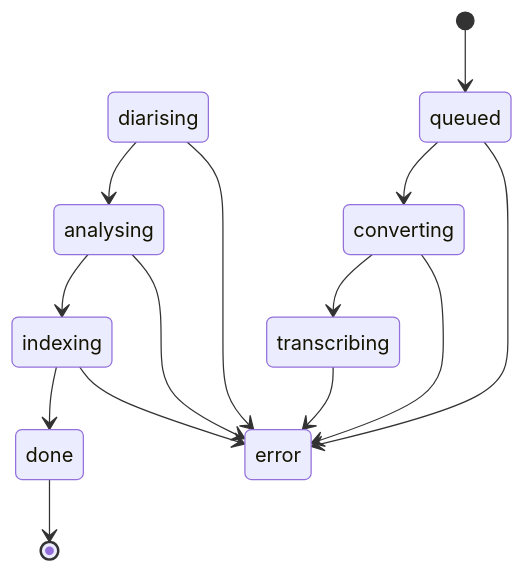
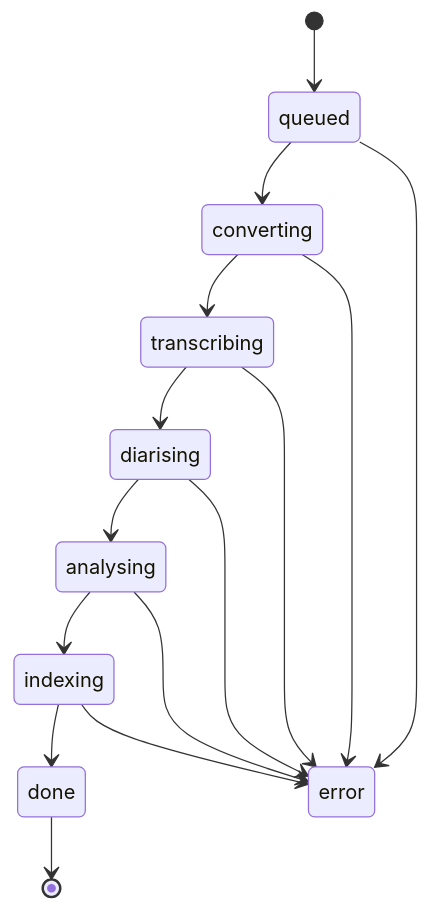
Before and after one commit to dibyo10/meeting-intelligence-platform: the third of 3 diagrams in docs/PROCESSING_PIPELINE.md, drawn with Mermaid.

Commit message:
Potential fix for pull request finding

````diff
--- a/docs/PROCESSING_PIPELINE.md
+++ b/docs/PROCESSING_PIPELINE.md
@@ -300,17 +300,18 @@
 ```mermaid
 stateDiagram-v2
     [*] --> queued
     queued --> converting
     converting --> transcribing
+    transcribing --> diarising
     diarising --> analysing
     analysing --> indexing
     indexing --> done
     done --> [*]
 
     queued --> error
     converting --> error
     transcribing --> error
     diarising --> error
     analysing --> error
     indexing --> error
 ```
````
